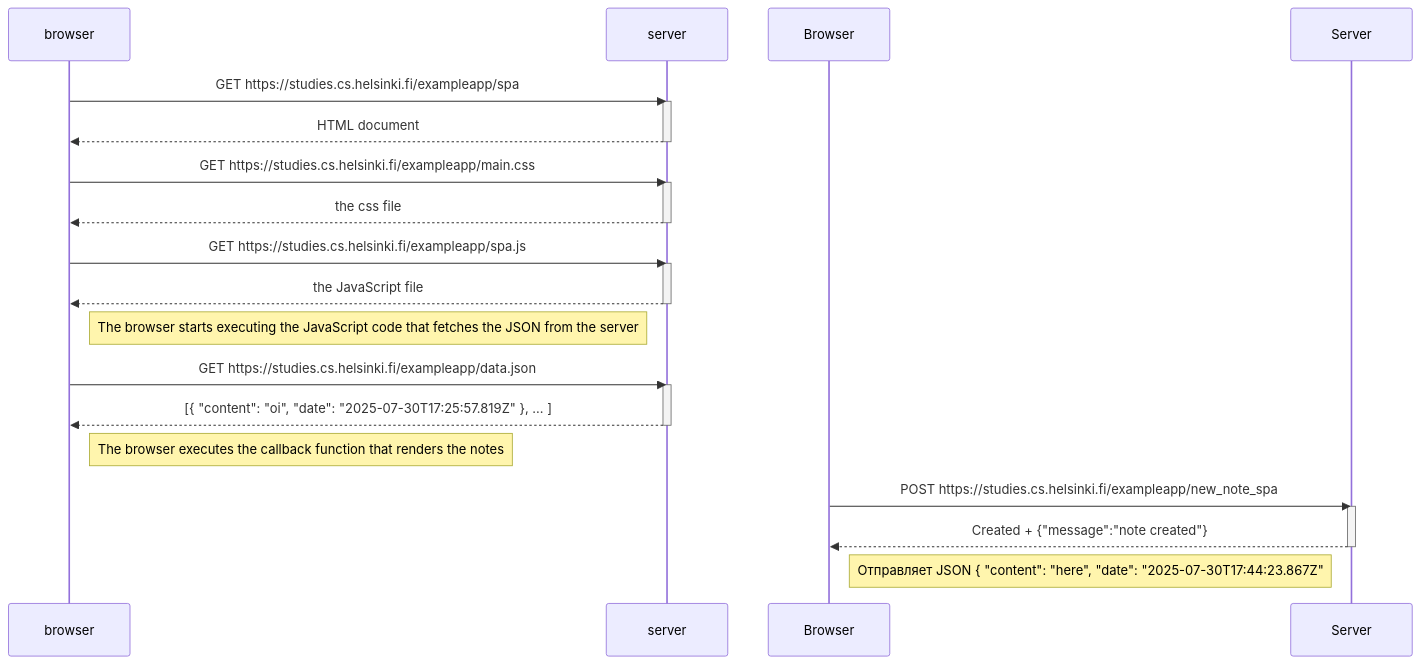
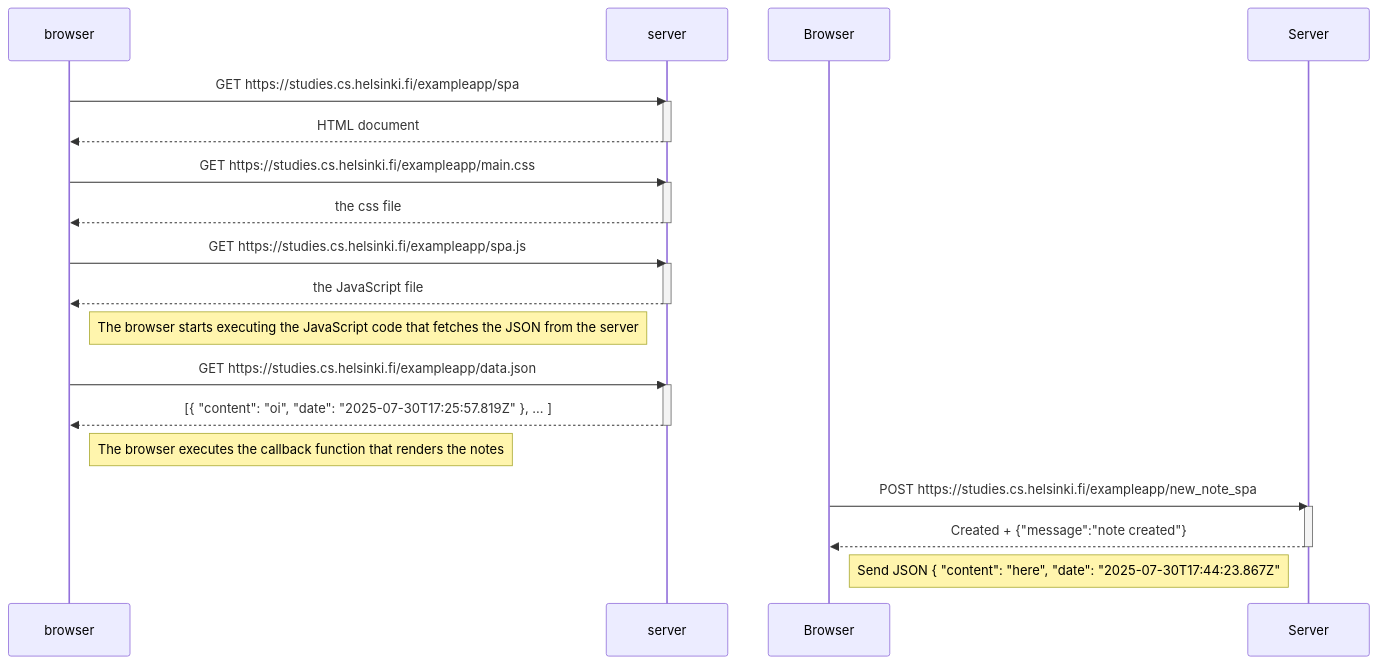
One commit to dav2004555/it changed the diagram in part0/0.6/README.md. Above: the diagram before and after it, drawn with Mermaid.

Commit message:
Fixed closing code block for 0.4 0.5 0.6

````diff
--- a/part0/0.6/README.md
+++ b/part0/0.6/README.md
@@ -2,36 +2,36 @@
 ```mermaid
 sequenceDiagram
     participant browser
     participant server
 
-browser->>server: GET https://studies.cs.helsinki.fi/exampleapp/spa
+    browser->>server: GET https://studies.cs.helsinki.fi/exampleapp/spa
     activate server
     server-->>browser: HTML document
     deactivate server
 
     browser->>server: GET https://studies.cs.helsinki.fi/exampleapp/main.css
     activate server
     server-->>browser: the css file
     deactivate server
 
     browser->>server: GET https://studies.cs.helsinki.fi/exampleapp/spa.js
     activate server
     server-->>browser: the JavaScript file
     deactivate server
 
     Note right of browser: The browser starts executing the JavaScript code that fetches the JSON from the server
 
     browser->>server: GET https://studies.cs.helsinki.fi/exampleapp/data.json
     activate server
     server-->>browser: [{ "content": "oi", "date": "2025-07-30T17:25:57.819Z" }, ... ]
     deactivate server
     
     Note right of browser: The browser executes the callback function that renders the notes
 
     Browser->>Server: POST https://studies.cs.helsinki.fi/exampleapp/new_note_spa
     activate Server
     Server-->>Browser: Created + {"message":"note created"}
     deactivate Server
     
-    Note right of Browser: Отправляет JSON { "content": "here", "date": "2025-07-30T17:44:23.867Z" 
+    Note right of Browser:  Send  JSON { "content": "here", "date": "2025-07-30T17:44:23.867Z" 
 ``` 
````
